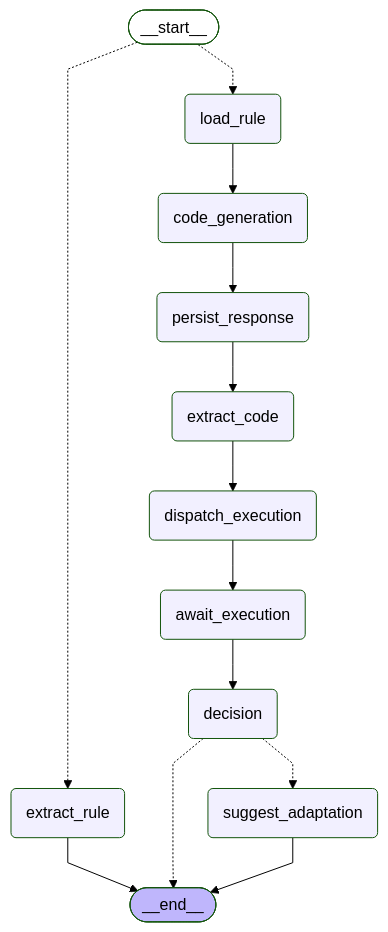
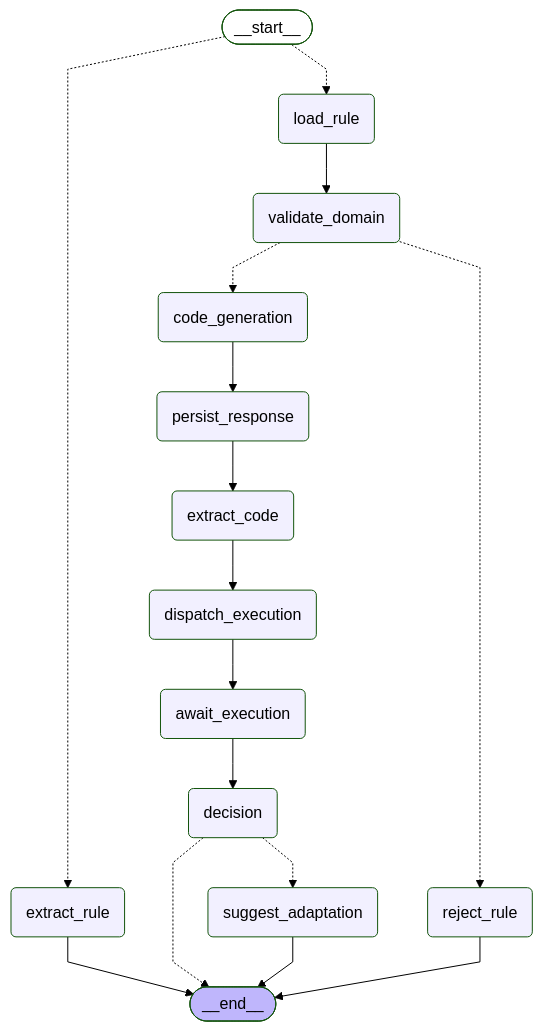
One commit to Titus-System/synapse changed the diagram in codegen/docs/graph.md. Above: the diagram before and after it, drawn with Mermaid (forest theme). The commit also changed 17 other files, not shown here.

````diff
--- a/codegen/docs/graph.md
+++ b/codegen/docs/graph.md
@@ -5,34 +5,39 @@
 ```mermaid
 ---
 config:
   flowchart:
     curve: linear
 ---
 graph TD;
 	__start__([<p>__start__</p>]):::first
 	load_rule(load_rule)
 	extract_rule(extract_rule)
+	validate_domain(validate_domain)
+	reject_rule(reject_rule)
 	code_generation(code_generation)
 	persist_response(persist_response)
 	extract_code(extract_code)
 	dispatch_execution(dispatch_execution)
 	await_execution(await_execution)
 	decision(decision)
 	suggest_adaptation(suggest_adaptation)
 	__end__([<p>__end__</p>]):::last
 	__start__ -.-> extract_rule;
 	__start__ -.-> load_rule;
 	await_execution --> decision;
 	code_generation --> persist_response;
 	decision -.-> __end__;
 	decision -.-> suggest_adaptation;
 	dispatch_execution --> await_execution;
 	extract_code --> dispatch_execution;
-	load_rule --> code_generation;
+	load_rule --> validate_domain;
 	persist_response --> extract_code;
+	validate_domain -.-> code_generation;
+	validate_domain -.-> reject_rule;
 	extract_rule --> __end__;
+	reject_rule --> __end__;
 	suggest_adaptation --> __end__;
 	classDef default fill:#f2f0ff,line-height:1.2
 	classDef first fill-opacity:0
 	classDef last fill:#bfb6fc
 ```
````
